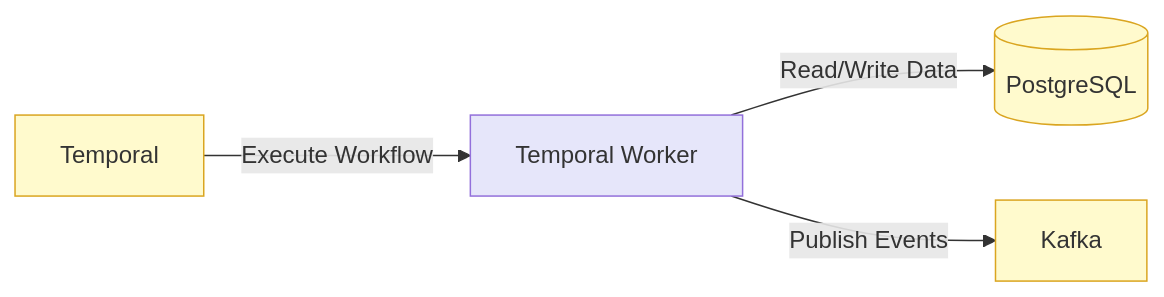
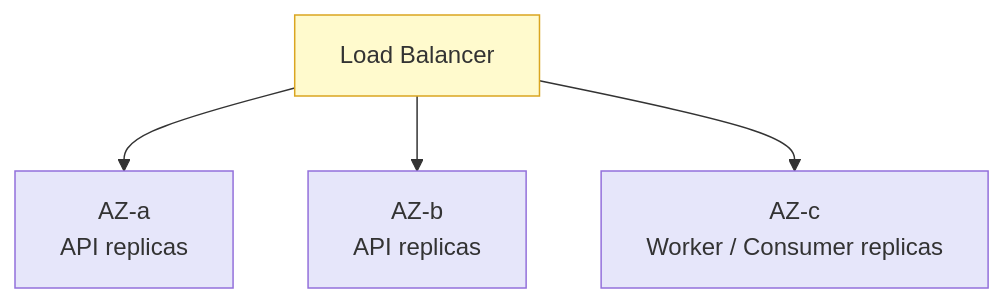
Before and after one commit to flexprice/flexprice-docs: the second of 2 diagrams in docs/getting-started/architecture.mdx, drawn with Mermaid. The commit also changed other lines of this file, not shown here.

Commit message:
docs(architecture): rebuild as customer-facing trust & architecture page for Flexprice Cloud

````diff
--- a/docs/getting-started/architecture.mdx
+++ b/docs/getting-started/architecture.mdx
@@ -74,14 +101,14 @@
 ```mermaid
-graph LR
+graph TB
     classDef services fill:#e6e6fa,stroke:#9370db
     classDef infrastructure fill:#fffacd,stroke:#daa520
 
-    temporal[Temporal]:::infrastructure
-    temporal_worker["Temporal Worker"]:::services
-    postgres[(PostgreSQL)]:::infrastructure
-    kafka[Kafka]:::infrastructure
+    lb["Load Balancer"]:::infrastructure
+    az1["AZ-a<br/>API replicas"]:::services
+    az2["AZ-b<br/>API replicas"]:::services
+    az3["AZ-c<br/>Worker / Consumer replicas"]:::services
 
-    temporal -- "Execute Workflow" --> temporal_worker
-    temporal_worker -- "Read/Write Data" --> postgres
-    temporal_worker -- "Publish Events" --> kafka
+    lb --> az1
+    lb --> az2
+    lb --> az3
 ```
````
